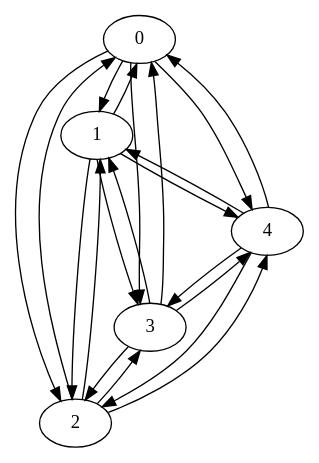
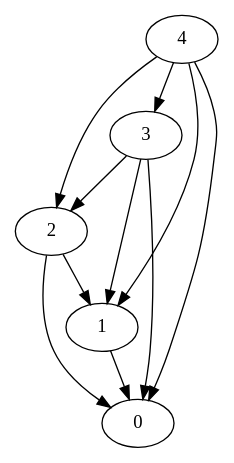
The diagram in datasets/evaluation/dag_b90ba55a_dataset_a7918e64_pc_kci.dot (mmarkakis/eccs), drawn with Graphviz before and after one commit. The commit also changed 9 other files, not shown here.

Commit message:
Some refreshed graphs

```diff
--- a/datasets/evaluation/dag_b90ba55a_dataset_a7918e64_pc_kci.dot
+++ b/datasets/evaluation/dag_b90ba55a_dataset_a7918e64_pc_kci.dot
@@ -1,27 +1,17 @@
 strict digraph  {
 0;
 1;
 2;
 3;
 4;
-0 -> 1  [color=g];
-0 -> 2  [color=g];
-0 -> 3  [color=g];
-0 -> 4  [color=g];
 1 -> 0  [color=g];
-1 -> 2  [color=g];
-1 -> 3  [color=g];
-1 -> 4  [color=g];
 2 -> 0  [color=g];
 2 -> 1  [color=g];
-2 -> 3  [color=g];
-2 -> 4  [color=g];
 3 -> 0  [color=g];
 3 -> 1  [color=g];
 3 -> 2  [color=g];
-3 -> 4  [color=g];
 4 -> 0  [color=g];
 4 -> 1  [color=g];
 4 -> 2  [color=g];
 4 -> 3  [color=g];
 }
```
